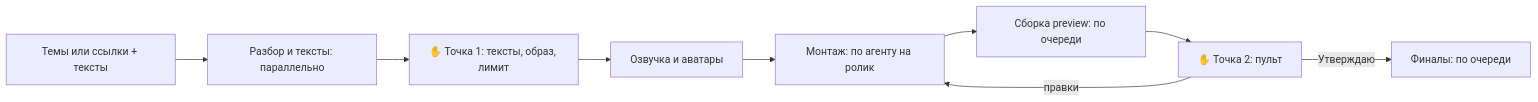
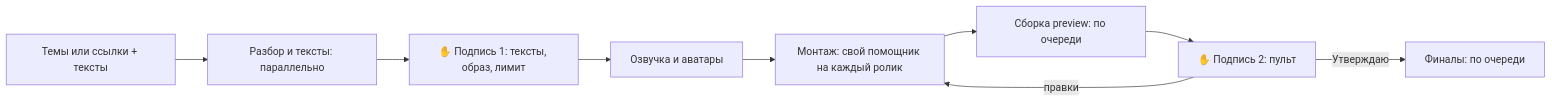
One commit to kkaphoto-collab/AutoMontage-Agent changed the diagram in docs/reels-guide/07-batch.md. Above: the diagram before and after it, drawn with Mermaid. The commit also changed other lines of this file and 20 other files, not shown here.

````diff
--- a/docs/reels-guide/07-batch.md
+++ b/docs/reels-guide/07-batch.md
@@ -16,11 +37,11 @@
 ```mermaid
 flowchart LR
   A["Темы или ссылки + тексты"] --> B["Разбор и тексты: параллельно"]
-  B --> T1["✋ Точка 1: тексты, образ, лимит"]
+  B --> T1["✋ Подпись 1: тексты, образ, лимит"]
   T1 --> C["Озвучка и аватары"]
-  C --> D["Монтаж: по агенту на ролик"]
+  C --> D["Монтаж: свой помощник на каждый ролик"]
   D --> E["Сборка preview: по очереди"]
-  E --> T2["✋ Точка 2: пульт"]
+  E --> T2["✋ Подпись 2: пульт"]
   T2 -->|правки| D
   T2 -->|Утверждаю| F["Финалы: по очереди"]
 ```
````
